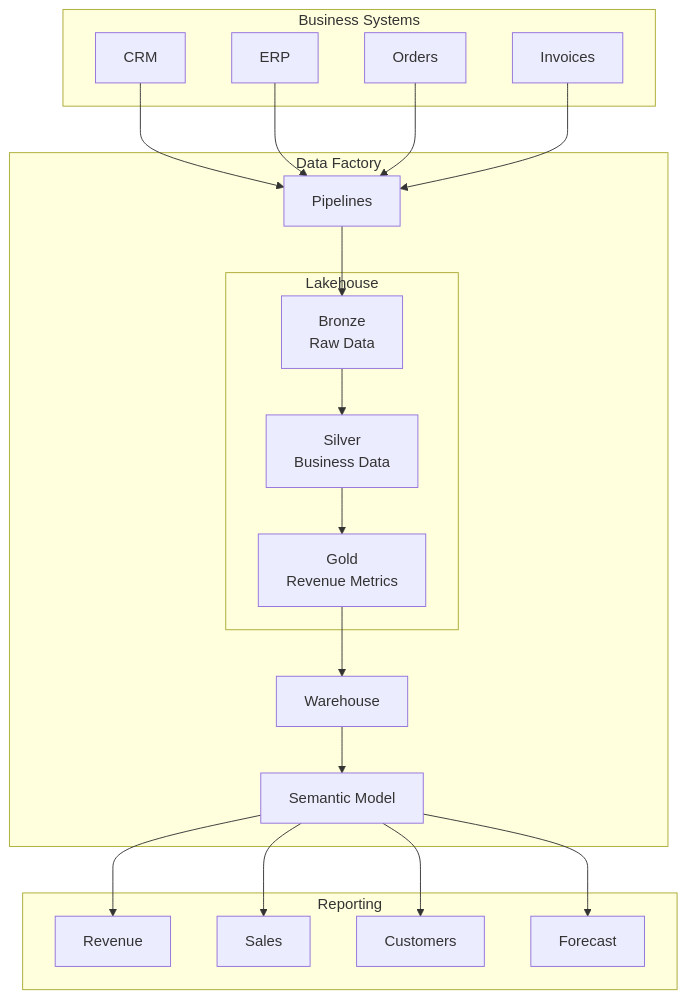
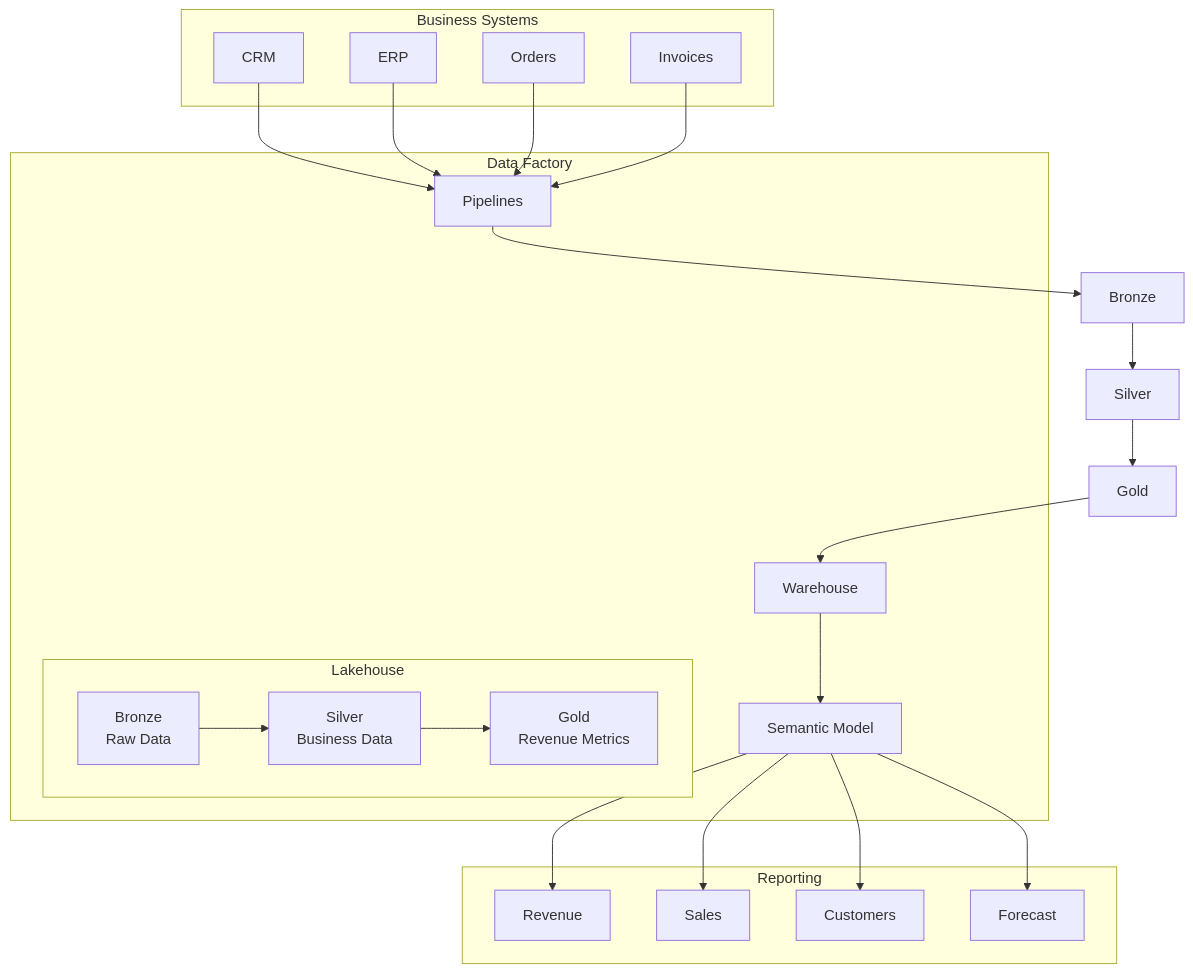
One commit to Solveright/Revenue-Visibility changed the diagram in README.md. Above: the diagram before and after it, drawn with Mermaid.

````diff
--- a/README.md
+++ b/README.md
@@ -16,47 +16,45 @@
 ```mermaid
 flowchart TB
 
     subgraph Sources["Business Systems"]
         CRM["CRM"]
         ERP["ERP"]
         Orders["Orders"]
         Invoices["Invoices"]
     end
 
     subgraph Data Factory["Data Factory"]
         DF["Pipelines"]
-
-        subgraph Lakehouse["Lakehouse"]
-            Bronze["Bronze<br/>Raw Data"]
-            Silver["Silver<br/>Business Data"]
-            Gold["Gold<br/>Revenue Metrics"]
-        end
+        subgraph Lakehouse
+        A[Bronze<br>Raw Data] --> B[Silver<br>Business Data]
+        B --> C[Gold<br>Revenue Metrics]
+    end
 
         WH["Warehouse"]
         SM["Semantic Model"]
     end
 
     subgraph Reporting["Reporting"]
         Revenue["Revenue"]
         Sales["Sales"]
         Customer["Customers"]
         Forecast["Forecast"]
     end
 
     CRM --> DF
     ERP --> DF
     Orders --> DF
     Invoices --> DF
 
     DF --> Bronze
     Bronze --> Silver
     Silver --> Gold
 
     Gold --> WH
     WH --> SM
 
     SM --> Revenue
     SM --> Sales
     SM --> Customer
     SM --> Forecast
 ```
````
